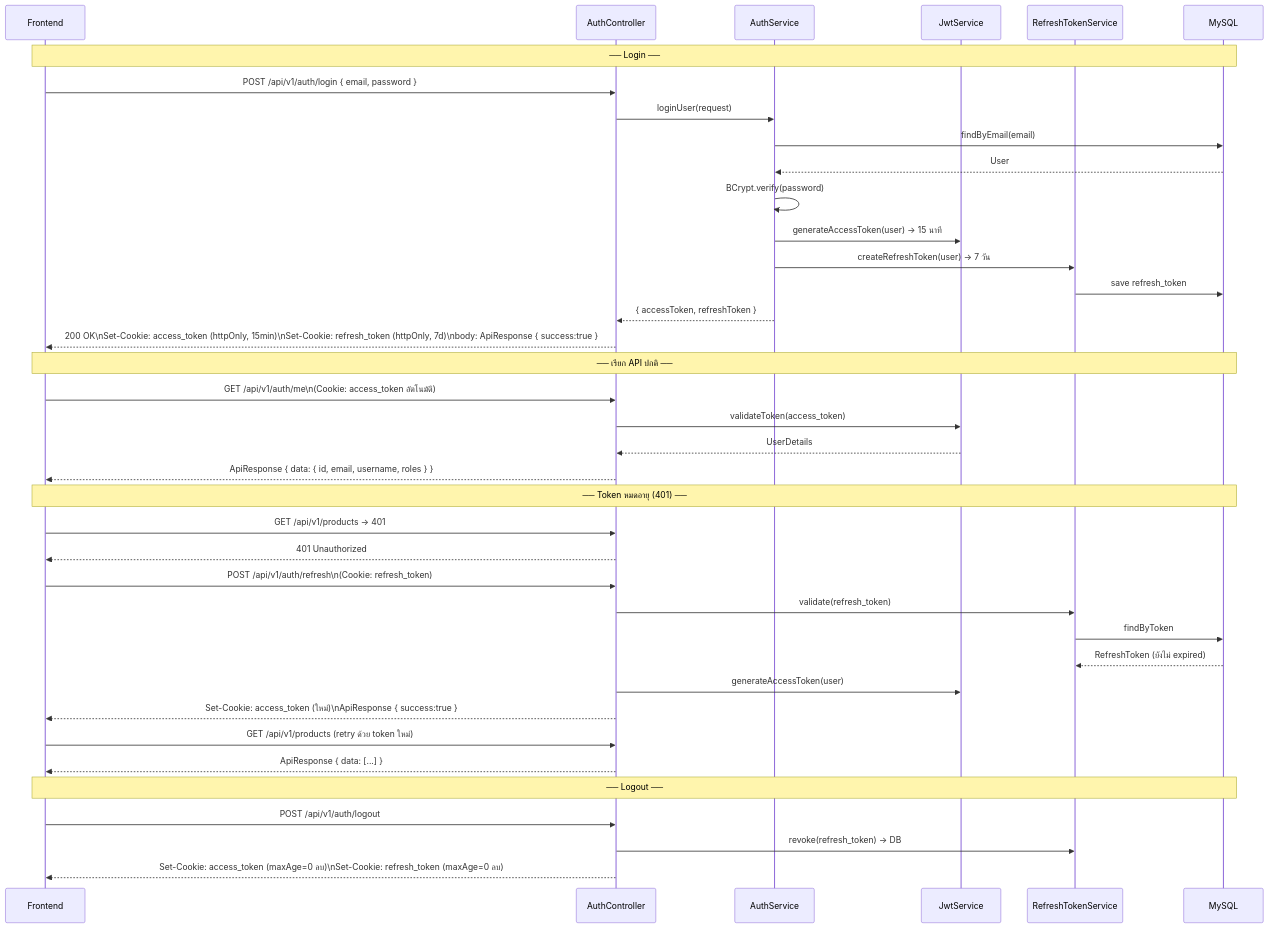
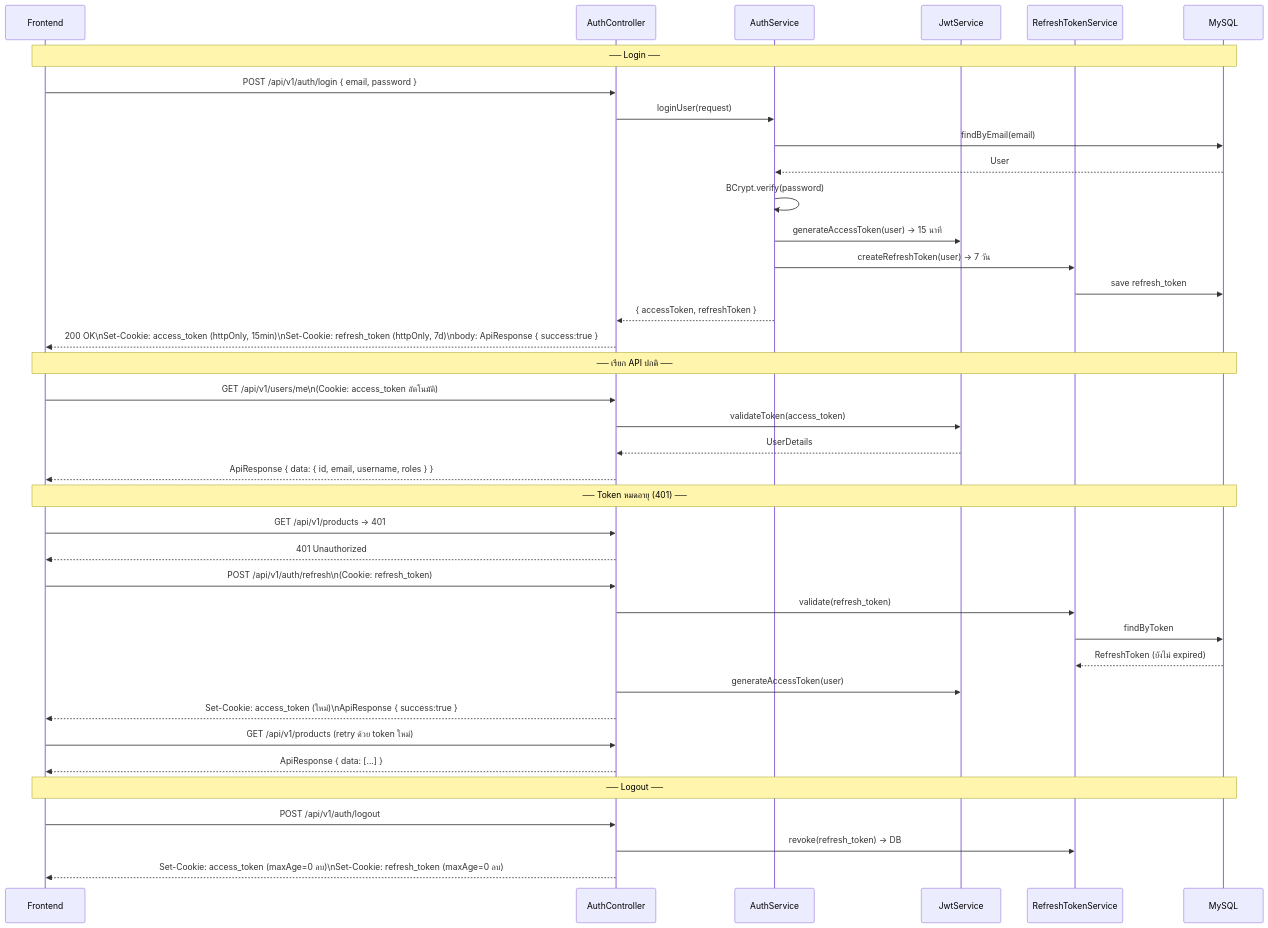
Before and after one commit to NannapatXXI/Bread-Shop-Wabapp: the second of 5 diagrams in DIAGRAM.md, drawn with Mermaid. The commit also changed other lines of this file and 188 other files, not shown here.

````diff
--- a/DIAGRAM.md
+++ b/DIAGRAM.md
@@ -107,48 +107,48 @@
 ```mermaid
 sequenceDiagram
     participant FE as Frontend
     participant AC as AuthController
     participant AS as AuthService
     participant JS as JwtService
     participant RTS as RefreshTokenService
     participant DB as MySQL
 
     Note over FE,DB: ── Login ──
 
     FE->>AC: POST /api/v1/auth/login { email, password }
     AC->>AS: loginUser(request)
     AS->>DB: findByEmail(email)
     DB-->>AS: User
     AS->>AS: BCrypt.verify(password)
     AS->>JS: generateAccessToken(user) → 15 นาที
     AS->>RTS: createRefreshToken(user) → 7 วัน
     RTS->>DB: save refresh_token
     AS-->>AC: { accessToken, refreshToken }
     AC-->>FE: 200 OK\nSet-Cookie: access_token (httpOnly, 15min)\nSet-Cookie: refresh_token (httpOnly, 7d)\nbody: ApiResponse { success:true }
 
     Note over FE,DB: ── เรียก API ปกติ ──
 
-    FE->>AC: GET /api/v1/auth/me\n(Cookie: access_token อัตโนมัติ)
+    FE->>AC: GET /api/v1/users/me\n(Cookie: access_token อัตโนมัติ)
     AC->>JS: validateToken(access_token)
     JS-->>AC: UserDetails
     AC-->>FE: ApiResponse { data: { id, email, username, roles } }
 
     Note over FE,DB: ── Token หมดอายุ (401) ──
 
     FE->>AC: GET /api/v1/products → 401
     AC-->>FE: 401 Unauthorized
     FE->>AC: POST /api/v1/auth/refresh\n(Cookie: refresh_token)
     AC->>RTS: validate(refresh_token)
     RTS->>DB: findByToken
     DB-->>RTS: RefreshToken (ยังไม่ expired)
     AC->>JS: generateAccessToken(user)
     AC-->>FE: Set-Cookie: access_token (ใหม่)\nApiResponse { success:true }
     FE->>AC: GET /api/v1/products (retry ด้วย token ใหม่)
     AC-->>FE: ApiResponse { data: [...] }
 
     Note over FE,DB: ── Logout ──
 
     FE->>AC: POST /api/v1/auth/logout
     AC->>RTS: revoke(refresh_token) → DB
     AC-->>FE: Set-Cookie: access_token (maxAge=0 ลบ)\nSet-Cookie: refresh_token (maxAge=0 ลบ)
 ```
````
